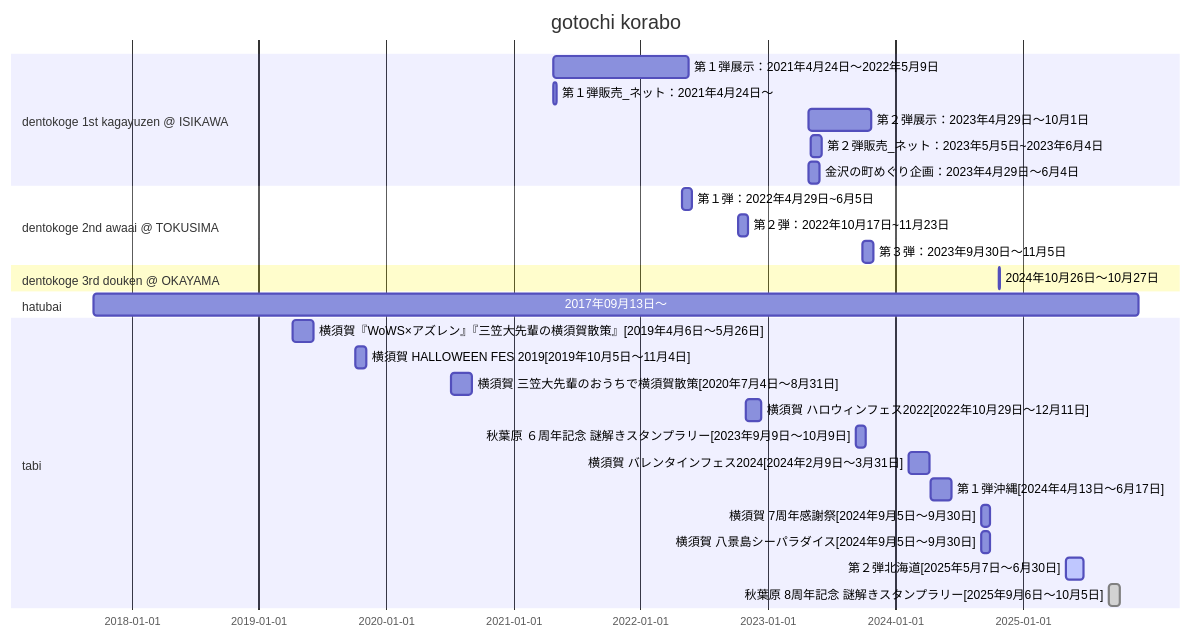
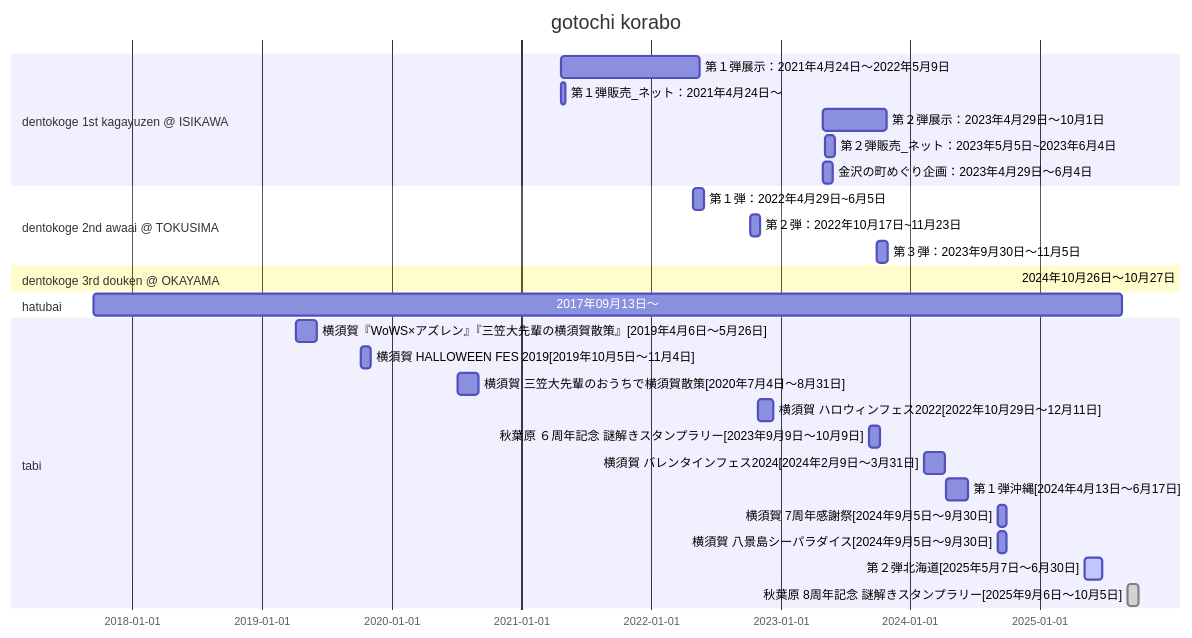
One commit to JihongNMI/SQL-and-Java changed the diagram in 정리_세계시간.md. Above: the diagram before and after it, drawn with Mermaid.

````diff
--- a/정리_세계시간.md
+++ b/정리_세계시간.md
@@ -1,43 +1,43 @@
 ```mermaid
 gantt
     title gotochi korabo
     dateFormat  YYYY-MM-DD
 
     section dentokoge 1st kagayuzen @ ISIKAWA
     第１弾展示：2021年4月24日～2022年5月9日    :    2021-04-24, 390d
     第１弾販売_ネット：2021年4月24日～    :    2021-04-24, 10d
     
     第２弾展示：2023年4月29日～10月1日    :    2023-04-29, 180d
     第２弾販売_ネット：2023年5月5日~2023年6月4日    :    2023-05-05, 30d
     金沢の町めぐり企画：2023年4月29日～6月4日    :    2023-04-29, 30d
 
     section dentokoge 2nd awaai @ TOKUSIMA
     第１弾：2022年4月29日~6月5日    :    2022-04-29, 30d
     第２弾：2022年10月17日~11月23日    :    2022-10-07, 30d
     第３弾：2023年9月30日～11月5日    :    2023-09-30, 30d
 
     section dentokoge 3rd douken @ OKAYAMA
     2024年10月26日～10月27日    :    2024-10-26, 2d
 
     section hatubai
-    2017年09月13日～    :    2017-09-13, 3000d
+    2017年09月13日～    :    2017-09-13, 2900d
 
     section tabi
     横須賀『WoWS×アズレン』『三笠大先輩の横須賀散策』[2019年4月6日～5月26日]    :    2019-04-06, 60d
     横須賀 HALLOWEEN FES 2019[2019年10月5日～11月4日]    :    2019-10-05, 30d
 
     横須賀 三笠大先輩のおうちで横須賀散策[2020年7月4日～8月31日]    :    2020-07-04, 60d
 
     横須賀 ハロウィンフェス2022[2022年10月29日～12月11日]    :    2022-10-29, 45d
 
     秋葉原 ６周年記念 謎解きスタンプラリー[2023年9月9日～10月9日]    :    2023-09-09, 30d
 
     横須賀 バレンタインフェス2024[2024年2月9日～3月31日]    :    2024-02-09, 60d
     第１弾沖縄[2024年4月13日～6月17日]    :    2024-04-13, 60d
     横須賀 7周年感謝祭[2024年9月5日～9月30日]    :    2024-09-05, 25d
     横須賀 八景島シーパラダイス[2024年9月5日～9月30日]    :    2024-09-05, 25d
 
     第２弾北海道[2025年5月7日～6月30日]    :    active, 2025-05-07, 50d
     秋葉原 8周年記念 謎解きスタンプラリー[2025年9月6日～10月5日]    :    done, 2025-09-06, 30d
 
 ```
````
